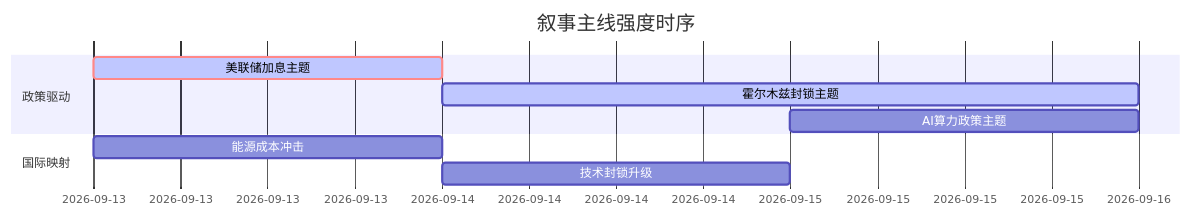
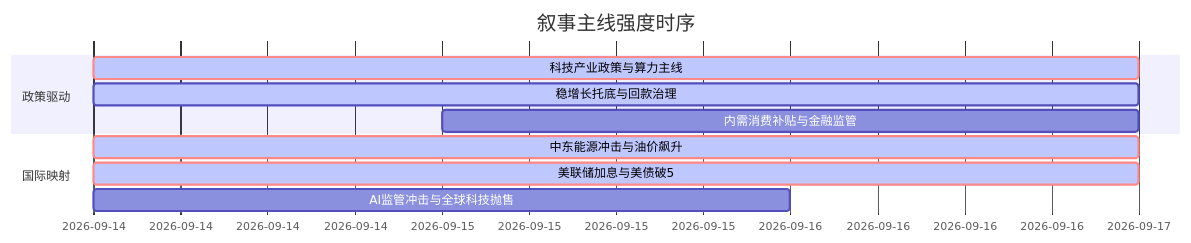
Before and after one commit to uu5zn/uu5zn.github.io: the diagram in 5day_report.md, drawn with Mermaid. The commit also changed other lines of this file and 24 other files, not shown here.

````diff
--- a/5day_report.md
+++ b/5day_report.md
@@ -58,13 +54,14 @@
 ```mermaid
 gantt
     title 叙事主线强度时序
     dateFormat  YYYY-MM-DD
     section 政策驱动
-    美联储加息主题   :crit, active, 2026-09-13, 1d
-    霍尔木兹封锁主题   :active, 2026-09-14, 2d
-    AI算力政策主题   :2026-09-15, 1d
+    科技产业政策与算力主线 :crit, active, 2026-09-14, 3d
+    稳增长托底与回款治理 :active, 2026-09-14, 3d
+    内需消费补贴与金融监管 :2026-09-15, 2d
     
     section 国际映射
-    能源成本冲击   :2026-09-13, 1d
-    技术封锁升级   :2026-09-14, 1d
+    中东能源冲击与油价飙升 :crit, active, 2026-09-14, 3d
+    美联储加息与美债破5 :crit, active, 2026-09-14, 3d
+    AI监管冲击与全球科技抛售 :2026-09-14, 2d
 ```
````
